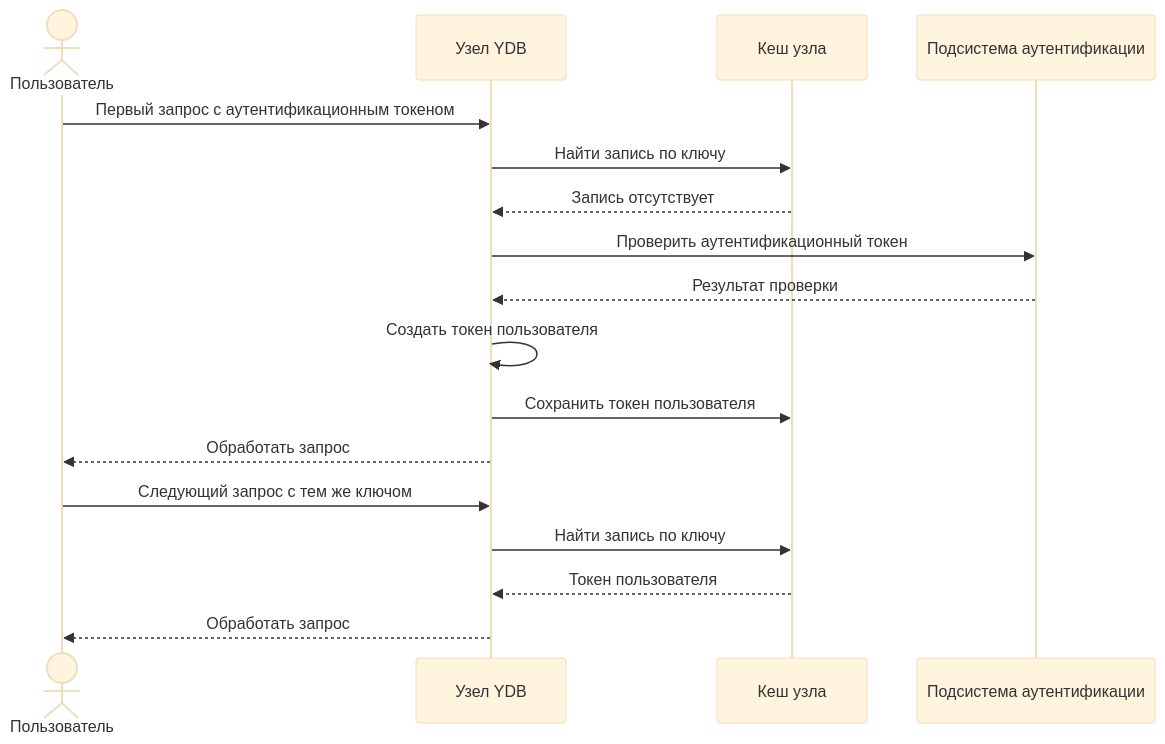
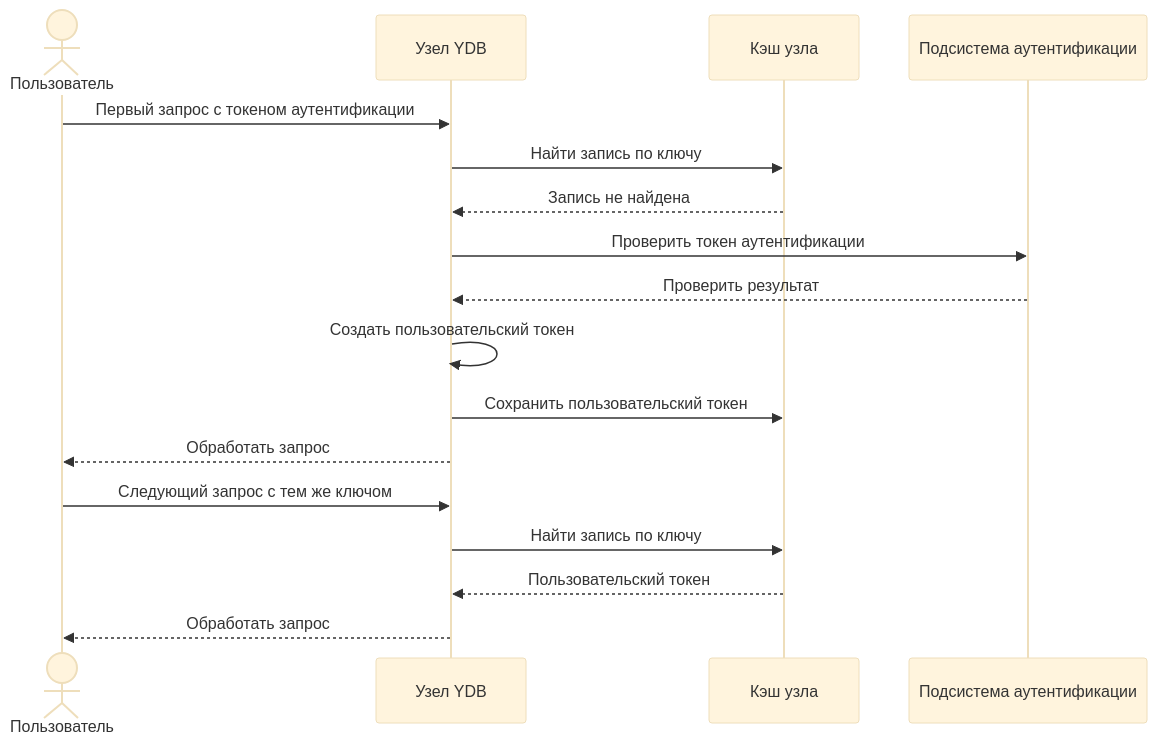
One commit to ydb-platform/ydb changed the diagram in ydb/docs/ru/core/security/_assets/user-token.md. Above: the diagram before and after it, drawn with Mermaid (base theme). The commit also changed 4 other files, not shown here.

````diff
--- a/ydb/docs/ru/core/security/_assets/user-token.md
+++ b/ydb/docs/ru/core/security/_assets/user-token.md
@@ -1,21 +1,21 @@
 ```mermaid
 sequenceDiagram
     actor user as Пользователь
     participant node as Узел YDB
-    participant cache as Кеш узла
+    participant cache as Кэш узла
     participant auth as Подсистема аутентификации
 
-    user->>node: Первый запрос с аутентификационным токеном
+    user->>node: Первый запрос с токеном аутентификации
     node->>cache: Найти запись по ключу
-    cache-->>node: Запись отсутствует
-    node->>auth: Проверить аутентификационный токен
-    auth-->>node: Результат проверки
-    node->>node: Создать токен пользователя
-    node->>cache: Сохранить токен пользователя
+    cache-->>node: Запись не найдена
+    node->>auth: Проверить токен аутентификации
+    auth-->>node: Проверить результат
+    node->>node: Создать пользовательский токен
+    node->>cache: Сохранить пользовательский токен
     node-->>user: Обработать запрос
 
     user->>node: Следующий запрос с тем же ключом
     node->>cache: Найти запись по ключу
-    cache-->>node: Токен пользователя
+    cache-->>node: Пользовательский токен
     node-->>user: Обработать запрос
 ```
````
